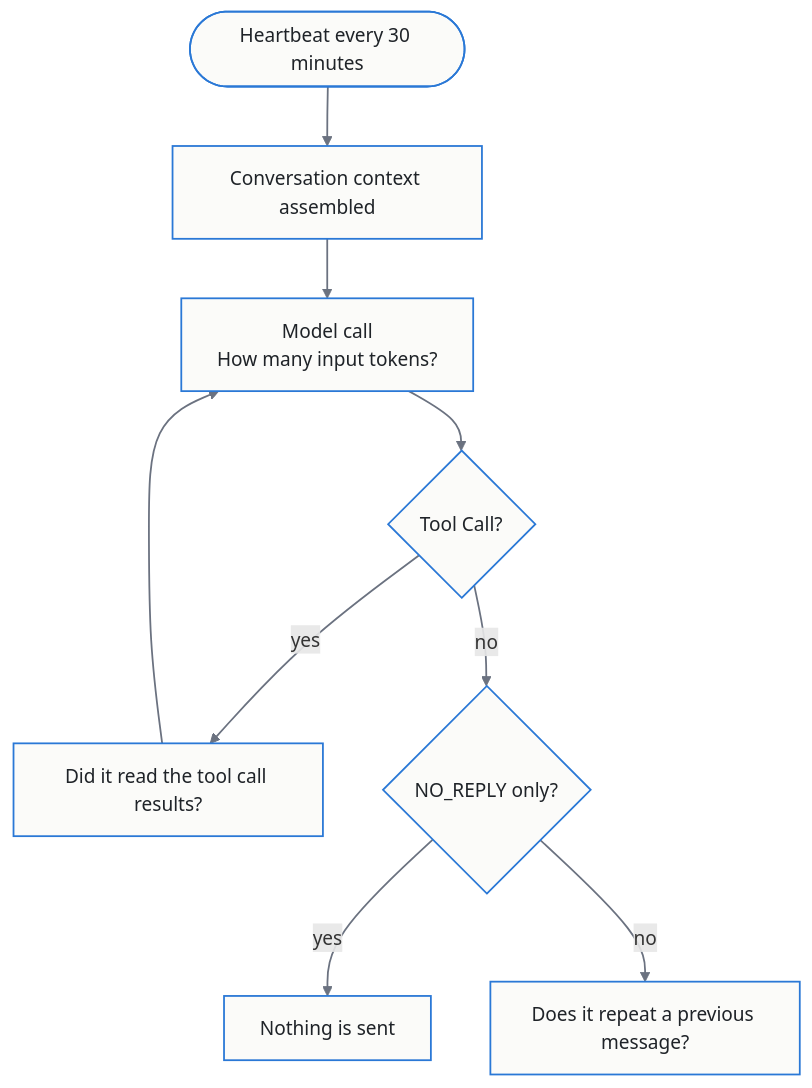
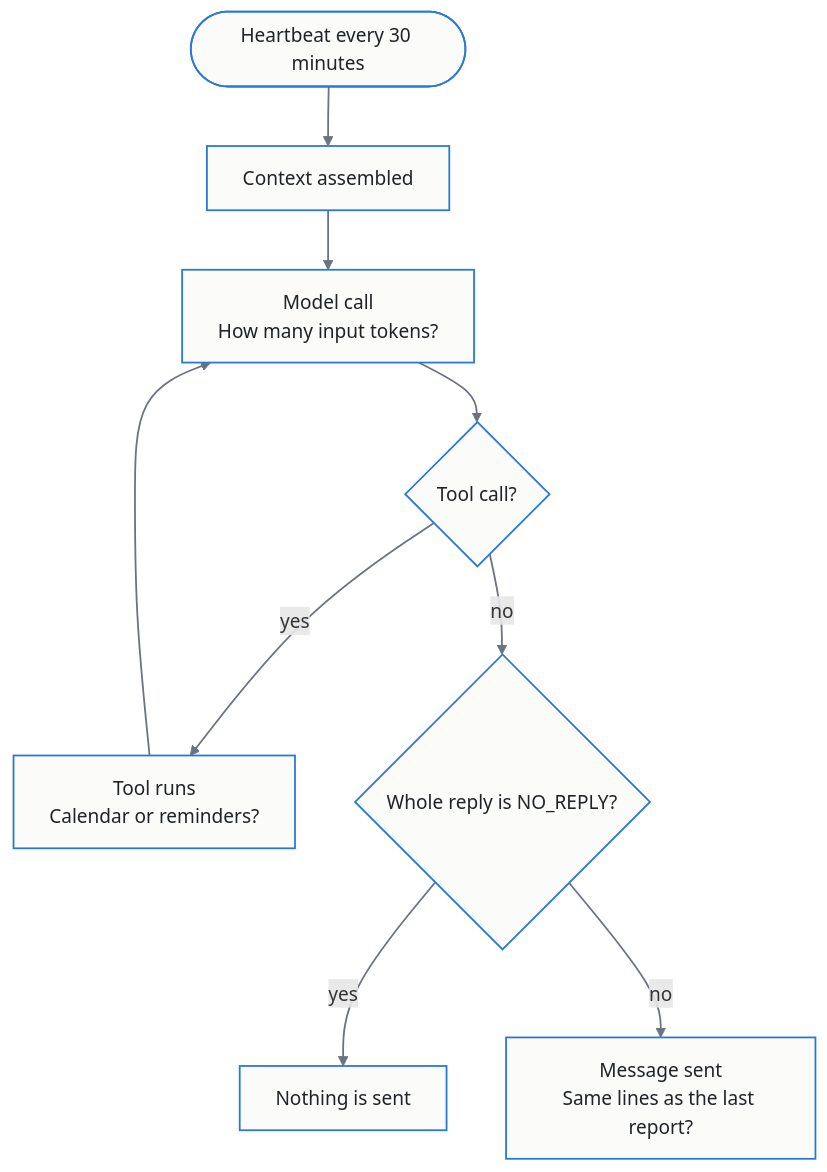
One commit to tildahh/openclaw-analysis changed the third of 3 diagrams in README.md. Above: the diagram before and after it, drawn with Mermaid. The commit also changed other lines of this file, not shown here.

First line of the commit message:
Tighten the checks, heartbeat and judge sections

````diff
--- a/README.md
+++ b/README.md
@@ -264,13 +264,13 @@
 ```mermaid
 flowchart TD
-    T(["Heartbeat every 30 minutes"]) --> C["Conversation context assembled"]
+    T(["Heartbeat every 30 minutes"]) --> C["Context assembled"]
     C --> M["Model call<br/>How many input tokens?"]
-    M --> Q{"Tool Call?"}
-    Q -- yes --> TL["Did it read the tool call results?"]
+    M --> Q{"Tool call?"}
+    Q -- yes --> TL["Tool runs<br/>Calendar or reminders?"]
     TL --> M
-    Q -- no --> R{"NO_REPLY only?"}
+    Q -- no --> R{"Whole reply is NO_REPLY?"}
     R -- yes --> S["Nothing is sent"]
-    R -- no --> D["Does it repeat a previous message?"]
+    R -- no --> D["Message sent<br/>Same lines as the last report?"]
     classDef default fill:#FBFBF9,stroke:#2A78D6,stroke-width:1.5px,color:#1F2328
     linkStyle default stroke:#6B7280,stroke-width:1.5px
 ```
````
